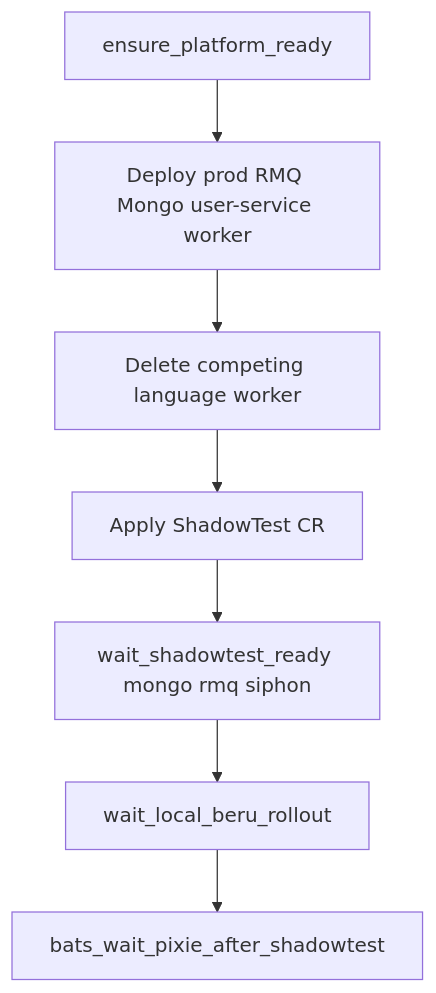
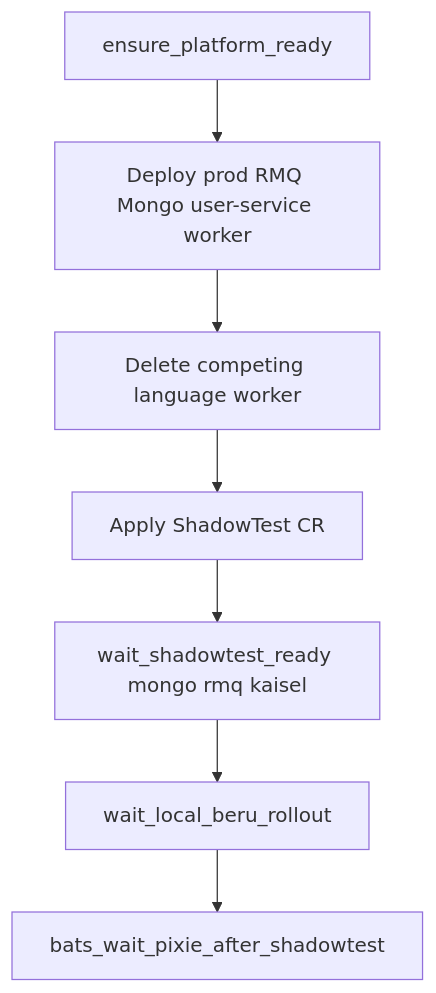
One commit to nederrgo/shadow-diff changed the first of 2 diagrams in docs/verification/hybrid-rmq-e2e-flow.md. Above: the diagram before and after it, drawn with Mermaid. The commit also changed 120 other files, not shown here.

````diff
--- a/docs/verification/hybrid-rmq-e2e-flow.md
+++ b/docs/verification/hybrid-rmq-e2e-flow.md
@@ -43,9 +43,9 @@
 ```mermaid
 flowchart TD
   plat[ensure_platform_ready] --> prod[Deploy prod RMQ Mongo user-service worker]
   prod --> onlyOne[Delete competing language worker]
   onlyOne --> st[Apply ShadowTest CR]
-  st --> wait[wait_shadowtest_ready mongo rmq siphon]
+  st --> wait[wait_shadowtest_ready mongo rmq kaisel]
   wait --> beru[wait_local_beru_rollout]
   beru --> pixie[bats_wait_pixie_after_shadowtest]
 ```
````
